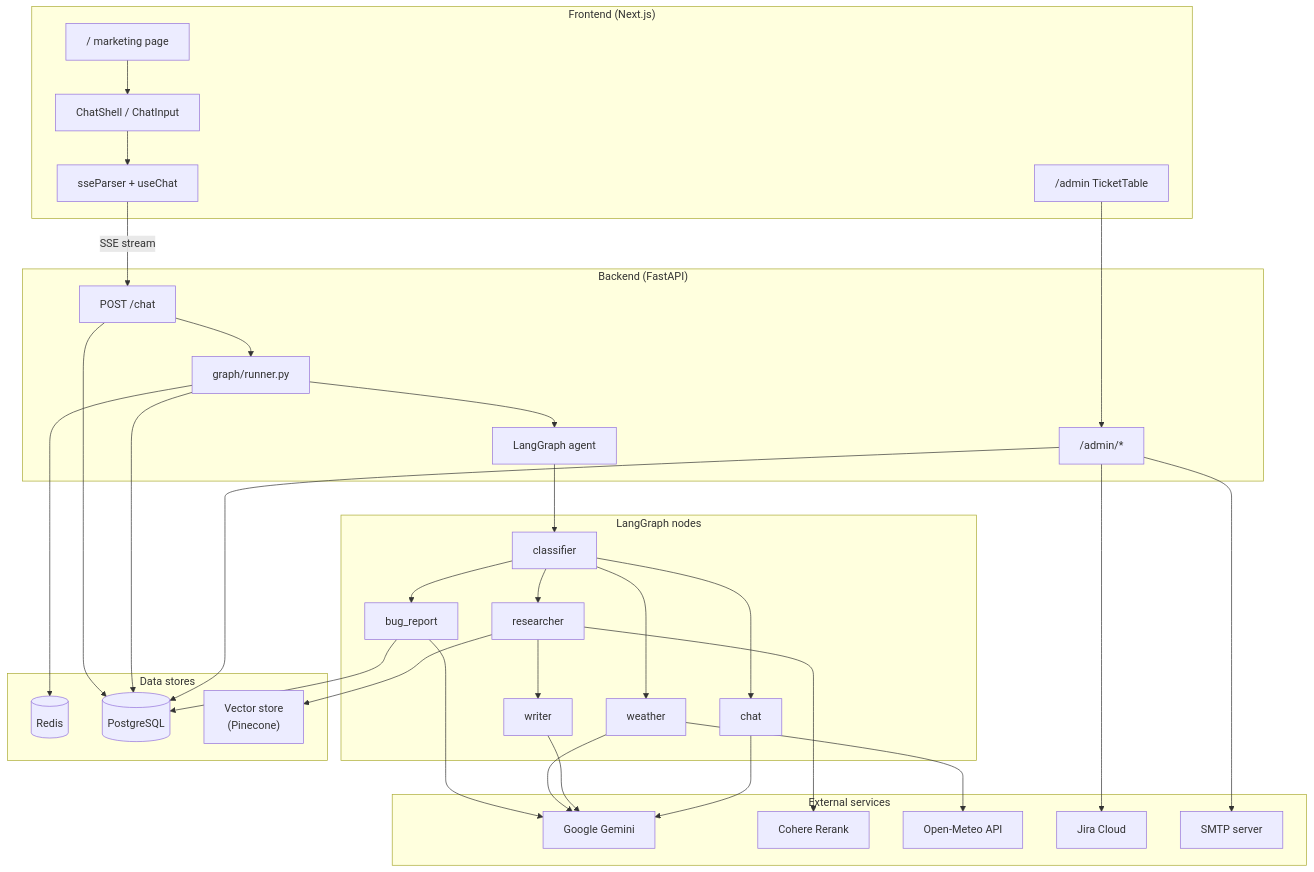
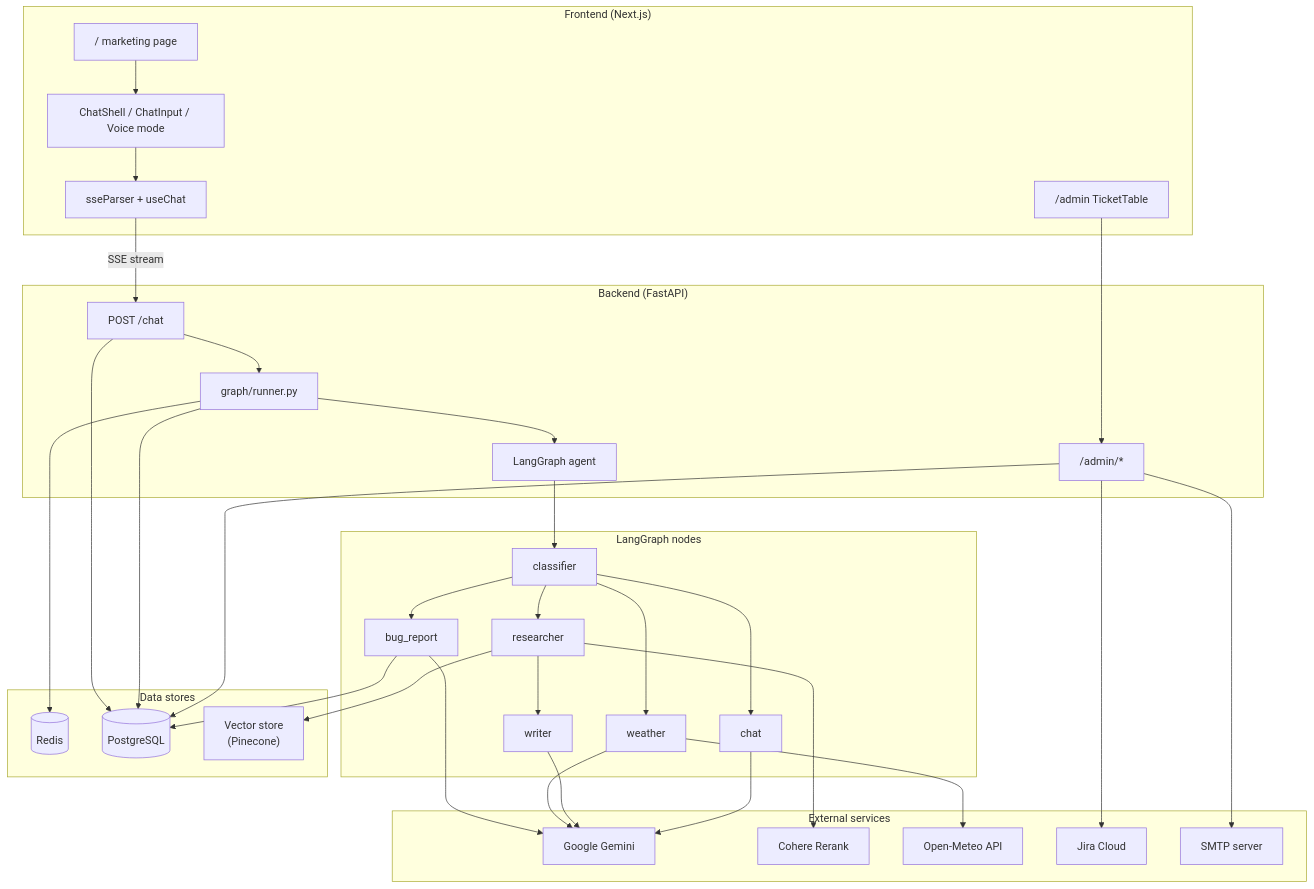
One commit to razin-ccc/chatbot changed the first of 5 diagrams in README.md. Above: the diagram before and after it, drawn with Mermaid. The commit also changed other lines of this file, not shown here.

````diff
--- a/README.md
+++ b/README.md
@@ -52,69 +53,69 @@
 ```mermaid
 flowchart TB
     subgraph Client["Frontend (Next.js)"]
         Landing["/ marketing page"]
-        ChatUI[ChatShell / ChatInput]
+        ChatUI[ChatShell / ChatInput / Voice mode]
         AdminUI["/admin TicketTable"]
         SSE[sseParser + useChat]
     end
 
     subgraph API["Backend (FastAPI)"]
         ChatRoute["POST /chat"]
         AdminRoute["/admin/*"]
         Runner[graph/runner.py]
         Graph[LangGraph agent]
     end
 
     subgraph GraphNodes["LangGraph nodes"]
         CLS[classifier]
         CHAT[chat]
         RES[researcher]
         WRI[writer]
         WTH[weather]
         BUG[bug_report]
     end
 
     subgraph External["External services"]
         Gemini[Google Gemini]
         Cohere[Cohere Rerank]
         Meteo[Open-Meteo API]
         Jira[Jira Cloud]
         SMTP[SMTP server]
     end
 
     subgraph Data["Data stores"]
         Redis[(Redis)]
         PG[(PostgreSQL)]
         VectorDB["Vector store\n(Pinecone)"]
     end
 
     Landing --> ChatUI
     ChatUI --> SSE
     AdminUI --> AdminRoute
     SSE -->|SSE stream| ChatRoute
     ChatRoute --> Runner
     Runner --> Graph
     Graph --> CLS
     CLS --> CHAT
     CLS --> RES
     CLS --> WTH
     CLS --> BUG
     RES --> WRI
 
     CHAT --> Gemini
     WRI --> Gemini
     WTH --> Meteo
     WTH --> Gemini
     BUG --> Gemini
     BUG --> PG
     RES --> VectorDB
     RES --> Cohere
 
     AdminRoute --> Jira
     AdminRoute --> SMTP
     AdminRoute --> PG
 
     Runner --> Redis
     Runner --> PG
     ChatRoute --> PG
 ```
````
